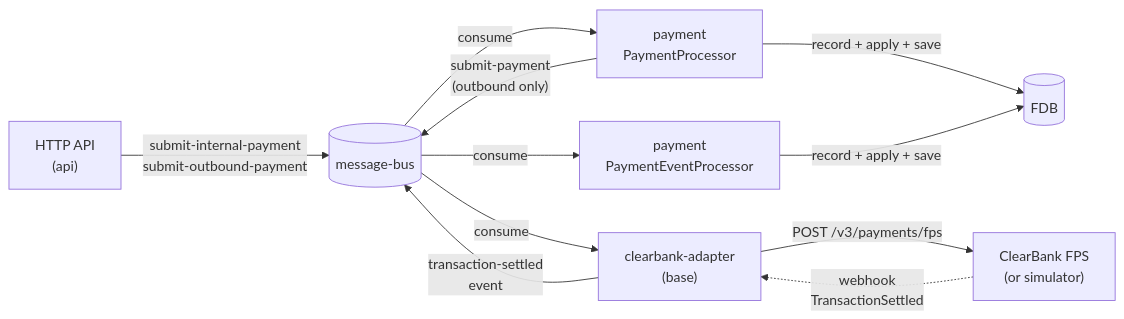
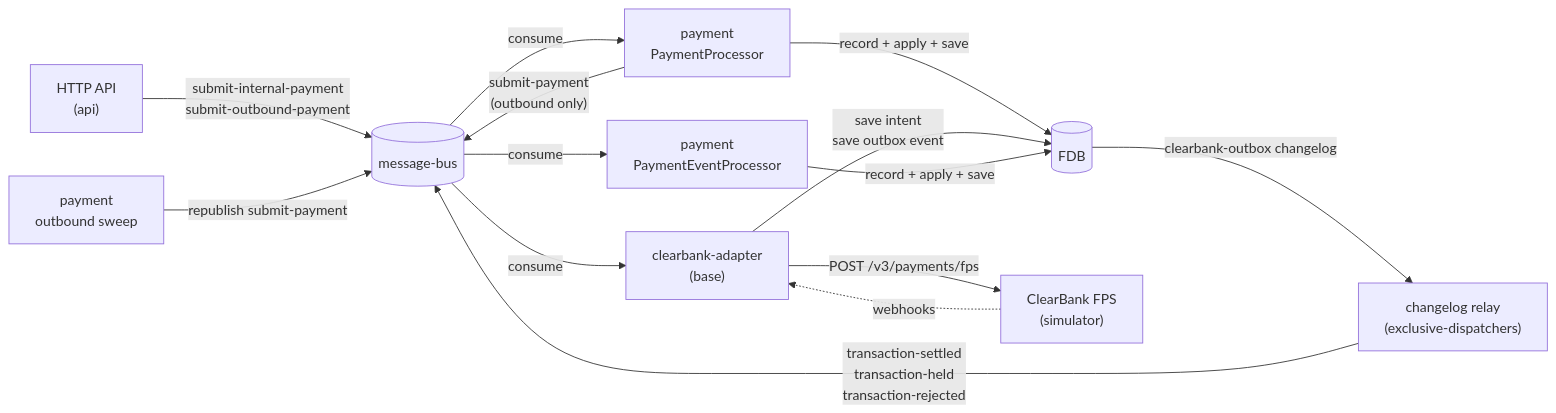
One commit to repldriven/queenswood changed the first of 6 diagrams in docs/tdd/payments.md. Above: the diagram before and after it, drawn with Mermaid. The commit also changed other lines of this file and 2 other files, not shown here.

````diff
--- a/docs/tdd/payments.md
+++ b/docs/tdd/payments.md
@@ -87,21 +89,26 @@
 ```mermaid
 graph LR
     HTTP["HTTP API<br/>(api)"]
     PP["payment<br/>PaymentProcessor"]
     PEP["payment<br/>PaymentEventProcessor"]
+    SW["payment<br/>outbound sweep"]
     BUS[("message-bus")]
     FDB[("FDB")]
     ADAPTER["clearbank-adapter<br/>(base)"]
-    CB["ClearBank FPS<br/>(or simulator)"]
+    RELAY["changelog relay<br/>(exclusive-dispatchers)"]
+    CB["ClearBank FPS<br/>(simulator)"]
 
     HTTP -->|"submit-internal-payment<br/>submit-outbound-payment"| BUS
     BUS -->|consume| PP
     PP -->|"record + apply + save"| FDB
     PP -->|"submit-payment<br/>(outbound only)"| BUS
+    SW -->|"republish submit-payment"| BUS
     BUS -->|consume| ADAPTER
+    ADAPTER -->|"save intent<br/>save outbox event"| FDB
     ADAPTER -->|"POST /v3/payments/fps"| CB
-    CB -.->|"webhook<br/>TransactionSettled"| ADAPTER
-    ADAPTER -->|"transaction-settled<br/>event"| BUS
+    CB -.->|"webhooks"| ADAPTER
+    FDB -->|"clearbank-outbox changelog"| RELAY
+    RELAY -->|"transaction-settled<br/>transaction-held<br/>transaction-rejected"| BUS
     BUS -->|consume| PEP
     PEP -->|"record + apply + save"| FDB
 ```
````
